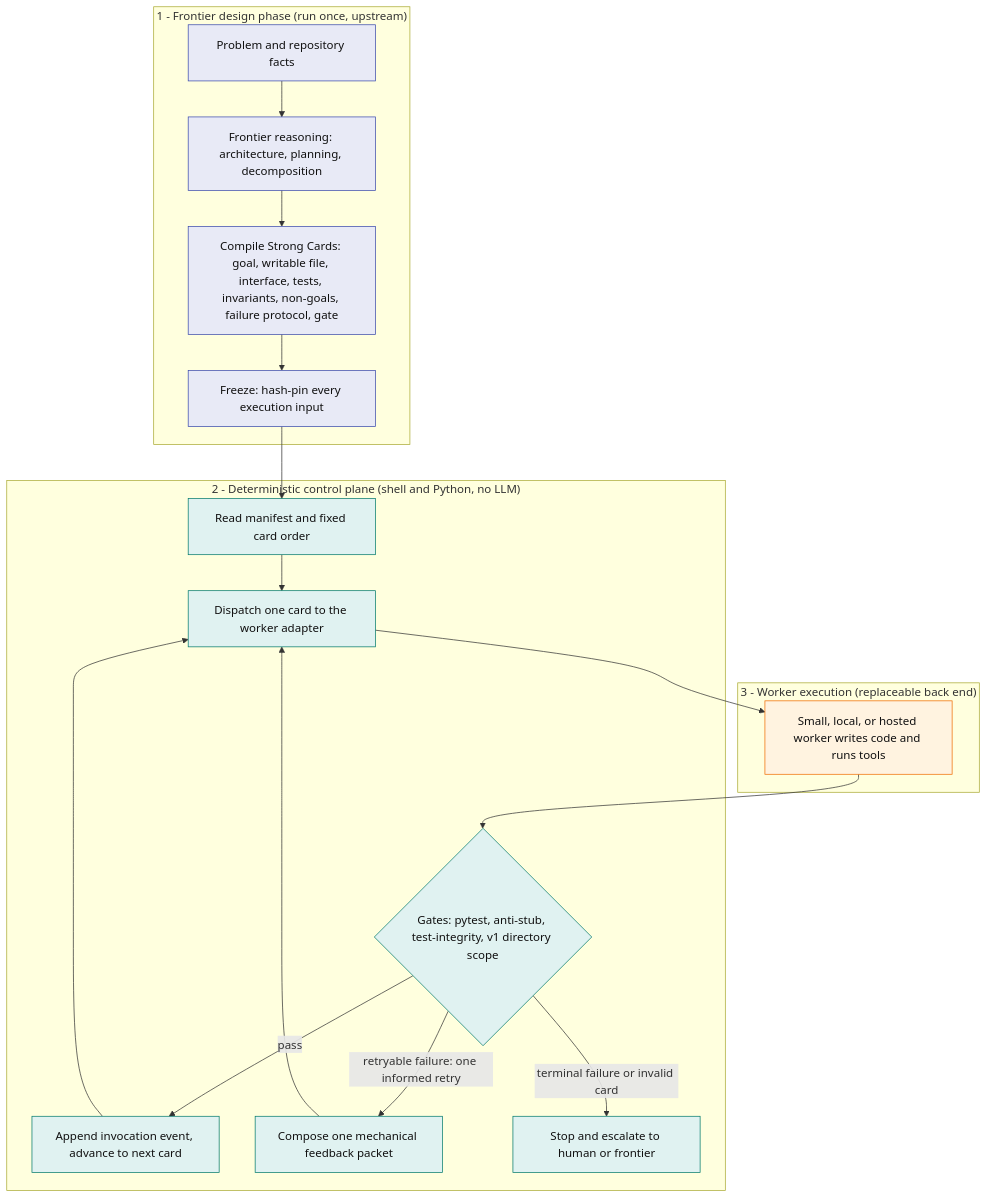
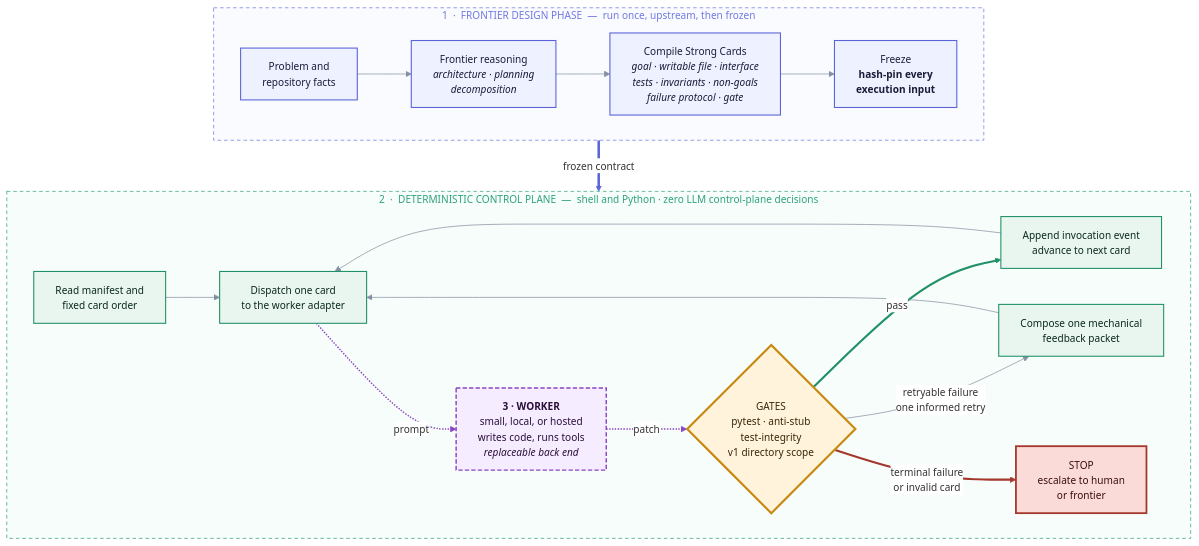
One commit to johninthewinter/strong_cards changed the diagram in README.md. Above: the diagram before and after it, drawn with Mermaid.

Commit message:
docs: redesign the architecture diagram
The published version left mermaid's default pale-yellow cluster fill, ran
1360x1700 of vertical sprawl, and floated the worker box off to the right
with edges swooping across the whole canvas.

Same eleven nodes and the same three-part structure, relaid out so the loop
reads left to right: read manifest, dispatch, worker, gates, then pass /
retry / stop, with both loop-backs returning to dispatch. Styled clusters,
a weighted gate node, and colour-coded pass and terminal edges.

Theme pinned to mermaid base so it renders identically in GitHub light and
dark mode.

````diff
--- a/README.md
+++ b/README.md
@@ -195,37 +195,42 @@
 ```mermaid
+%%{init: {'theme':'base','themeVariables':{'fontFamily':'ui-sans-serif, -apple-system, Segoe UI, Helvetica, Arial, sans-serif','fontSize':'14px','lineColor':'#8590a2','edgeLabelBackground':'#ffffff','textColor':'#1b1c3a'}}}%%
 flowchart TB
-    subgraph FRONTIER["1 - Frontier design phase (run once, upstream)"]
-        A["Problem and repository facts"]
-        B["Frontier reasoning: architecture, planning, decomposition"]
-        C["Compile Strong Cards: goal, writable file, interface, tests, invariants, non-goals, failure protocol, gate"]
-        D["Freeze: hash-pin every execution input"]
-        A --> B --> C --> D
+    subgraph FRONTIER["&nbsp;1 &nbsp;·&nbsp; FRONTIER DESIGN PHASE &nbsp;—&nbsp; run once, upstream, then frozen&nbsp;"]
+        direction LR
+        A["Problem and<br/>repository facts"] --> B["Frontier reasoning<br/><i>architecture · planning<br/>decomposition</i>"] --> C["Compile Strong Cards<br/><i>goal · writable file · interface<br/>tests · invariants · non-goals<br/>failure protocol · gate</i>"] --> D["Freeze<br/><b>hash-pin every<br/>execution input</b>"]
     end
 
-    subgraph CONTROL["2 - Deterministic control plane (shell and Python, no LLM)"]
-        E["Read manifest and fixed card order"]
-        F["Dispatch one card to the worker adapter"]
-        G{"Gates: pytest, anti-stub, test-integrity, v1 directory scope"}
-        H["Append invocation event, advance to next card"]
-        I["Compose one mechanical feedback packet"]
-        J["Stop and escalate to human or frontier"]
+    subgraph CONTROL["&nbsp;2 &nbsp;·&nbsp; DETERMINISTIC CONTROL PLANE &nbsp;—&nbsp; shell and Python · zero LLM control-plane decisions&nbsp;"]
+        direction LR
+        E["Read manifest and<br/>fixed card order"] --> F["Dispatch one card<br/>to the worker adapter"]
+        F -. prompt .-> K["<b>3 · WORKER</b><br/>small, local, or hosted<br/>writes code, runs tools<br/><i>replaceable back end</i>"]
+        K -. patch .-> G{"GATES<br/>pytest · anti-stub<br/>test-integrity<br/>v1 directory scope"}
+        G -->|pass| H["Append invocation event<br/>advance to next card"]
+        G -->|"retryable failure<br/>one informed retry"| I["Compose one mechanical<br/>feedback packet"]
+        G -->|"terminal failure<br/>or invalid card"| J["STOP<br/>escalate to human<br/>or frontier"]
+        I --> F
+        H --> F
     end
 
-    subgraph WORKER["3 - Worker execution (replaceable back end)"]
-        K["Small, local, or hosted worker writes code and runs tools"]
-    end
+    D ==>|frozen contract| E
 
-    D --> E --> F --> K --> G
-    G -->|pass| H
-    H --> F
-    G -->|retryable failure: one informed retry| I
-    I --> F
-    G -->|terminal failure or invalid card| J
+    classDef frontier fill:#eef1ff,stroke:#5a63d8,stroke-width:1.5px,color:#1b1c3a
+    classDef control fill:#e8f6ef,stroke:#219167,stroke-width:1.5px,color:#0c2a1e
+    classDef gate fill:#fff3dc,stroke:#c98910,stroke-width:3px,color:#3a2708
+    classDef stop fill:#fadbd8,stroke:#a5382d,stroke-width:2.5px,color:#3a0f0c
+    classDef worker fill:#f6ecff,stroke:#8b46c4,stroke-width:2px,stroke-dasharray:6 3,color:#2a0f3a
 
-    classDef frontier fill:#e8eaf6,stroke:#3949ab,color:#111;
-    classDef control fill:#e0f2f1,stroke:#00796b,color:#111;
-    classDef worker fill:#fff3e0,stroke:#ef6c00,color:#111;
-    class A,B,C,D frontier;
-    class E,F,G,H,I,J control;
-    class K worker;
+    class A,B,C,D frontier
+    class E,F,H,I control
+    class G gate
+    class J stop
+    class K worker
+
+    style FRONTIER fill:#fafbff,stroke:#7079e4,stroke-width:1px,stroke-dasharray:5 4,color:#7079e4
+    style CONTROL fill:#f7fdfa,stroke:#2fa37a,stroke-width:1px,stroke-dasharray:5 4,color:#2fa37a
+
+    linkStyle 4,5 stroke:#8b46c4,stroke-width:2px
+    linkStyle 6 stroke:#219167,stroke-width:3px
+    linkStyle 8 stroke:#a5382d,stroke-width:3px
+    linkStyle 11 stroke:#5a63d8,stroke-width:3.5px
 ```
````
